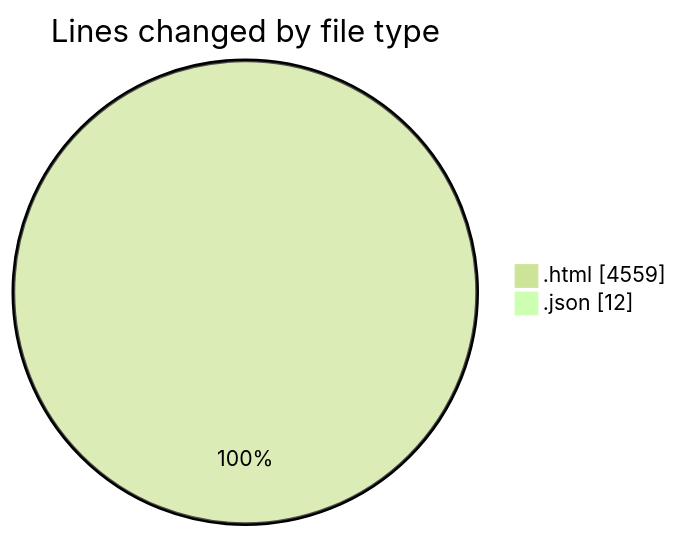
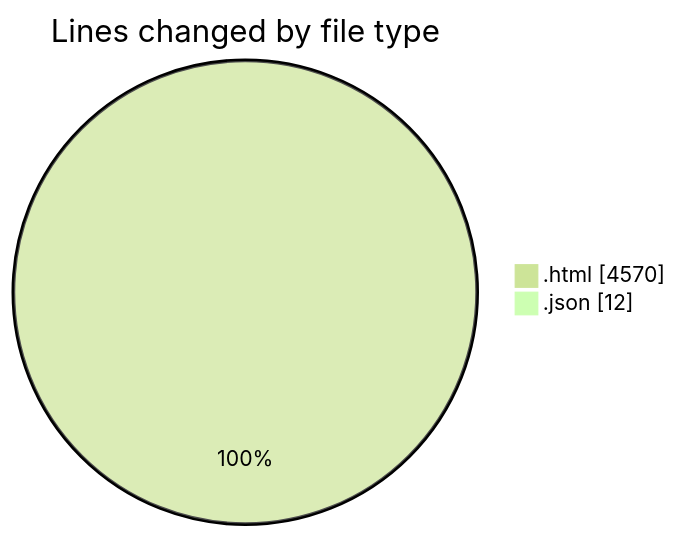
Before and after one commit to momahboobian/code-tracking: the first of 2 diagrams in 2026-05-21/pdf_invoice/README.md, drawn with Mermaid (forest theme). The commit also changed other lines of this file and 1 other file, not shown here.

````diff
--- a/2026-05-21/pdf_invoice/README.md
+++ b/2026-05-21/pdf_invoice/README.md
@@ -26,6 +26,6 @@
 ```mermaid
 pie showData
 title Lines changed by file type
-".html" : 4559
+".html" : 4570
 ".json" : 12
 ```
````
